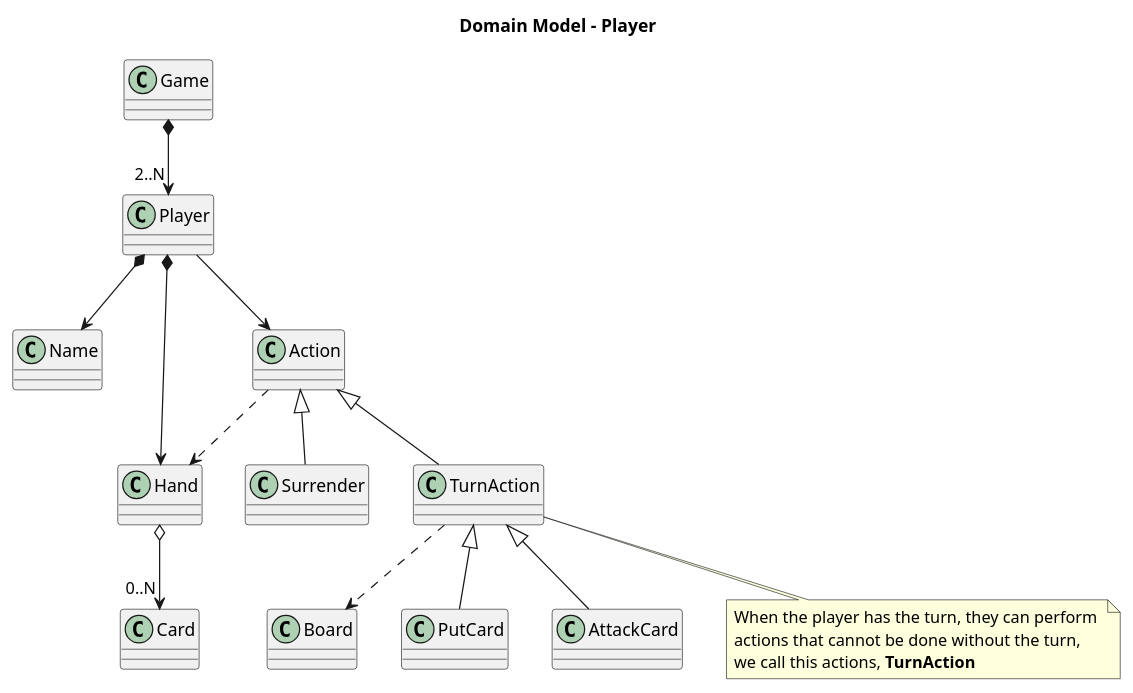
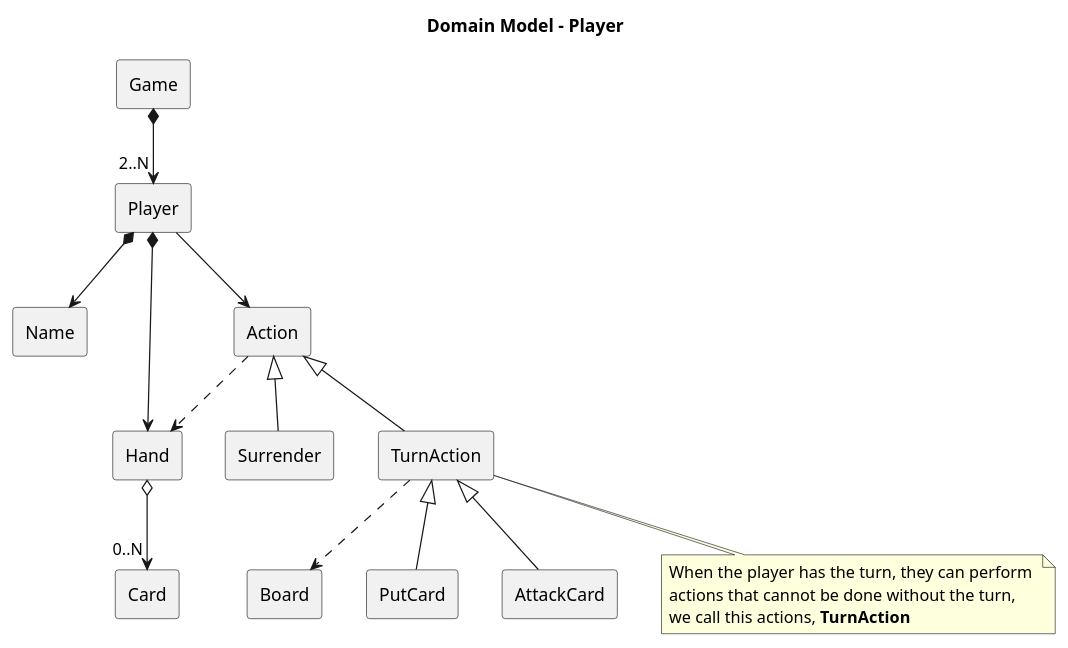
The diagram in docs/development/backend/diagrams/domain_model-player_and_action.plantuml (DainWs/Crazy-Random-Multiverse), drawn with PlantUML before and after one commit. The commit also changed 7 other files, not shown here.

Commit message:
Documentation: UML diagrams changes

```diff
--- a/docs/development/backend/diagrams/domain_model-player_and_action.plantuml
+++ b/docs/development/backend/diagrams/domain_model-player_and_action.plantuml
@@ -1,29 +1,38 @@
 @startuml
 title "Domain Model - Player"
 
-class Game {}
-class Player {}
+rectangle Game
+rectangle Player
+rectangle Name
+rectangle Hand
+rectangle Action
+rectangle Card
+rectangle Surrender
+rectangle TurnAction
+rectangle Board
+rectangle PutCard
+rectangle AttackCard
 
 Game *--> "2..N" Player
 
 Player *--> Name
 
 Player *--> Hand
 Hand o--> "0..N" Card
 
 Player --> Action
 Action ..> Hand
 Action <|-- Surrender
 Action <|-- TurnAction
 TurnAction ..> Board
 TurnAction <|-- PutCard
 TurnAction <|-- AttackCard
 
 
 note as TurnActionNote
 	When the player has the turn, they can perform 
 	actions that cannot be done without the turn,
 	we call this actions, **TurnAction**
 end note
 TurnAction .. TurnActionNote
 @enduml
```
